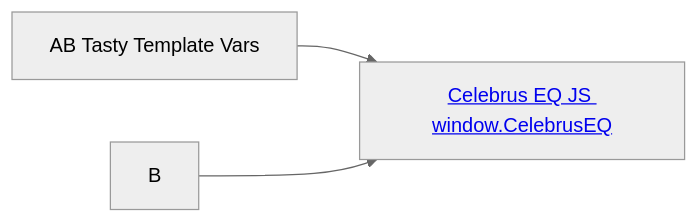
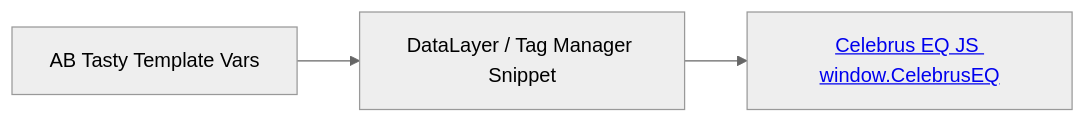
Before and after one commit to valoudefou/shopify-headless-checkout-pixel: the diagram in README.md, drawn with Mermaid (neutral theme).

````diff
--- a/README.md
+++ b/README.md
@@ -53,6 +53,6 @@
 ```mermaid
 flowchart LR
-A[AB Tasty Template Vars] --> C[<a href="https://docs.celebrus.com/js-library" target="_blank">Celebrus EQ JS window.CelebrusEQ</a>]
+    A[AB Tasty Template Vars] --> B[DataLayer / Tag Manager Snippet]
     B --> C[<a href="https://docs.celebrus.com/js-library" target="_blank">Celebrus EQ JS window.CelebrusEQ</a>]
 
 ```
````
